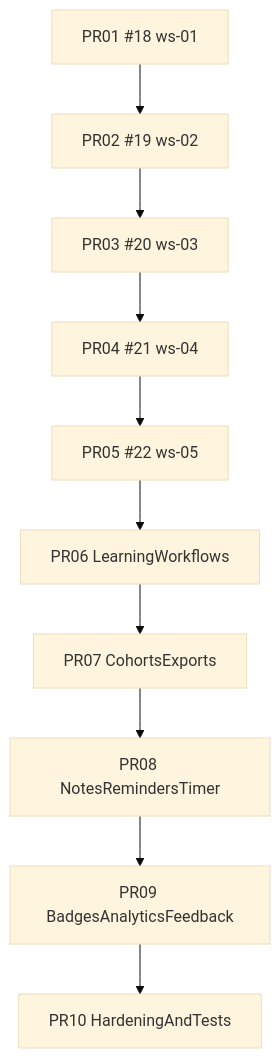
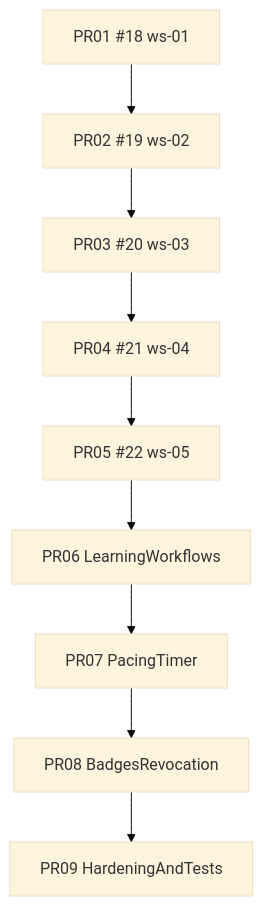
The sixth of 6 diagrams in workshop_lessons_&_sessions_aa012042.plan.md (justin-p/Workshlope), drawn with Mermaid (base theme) before and after one commit. The commit also changed other lines of this file, not shown here.

````diff
--- a/workshop_lessons_&_sessions_aa012042.plan.md
+++ b/workshop_lessons_&_sessions_aa012042.plan.md
@@ -972,12 +907,11 @@
 ```mermaid
 flowchart TD
   pr01["PR01 #18 ws-01"] --> pr02["PR02 #19 ws-02"]
   pr02 --> pr03["PR03 #20 ws-03"]
   pr03 --> pr04["PR04 #21 ws-04"]
   pr04 --> pr05["PR05 #22 ws-05"]
   pr05 --> pr06[PR06 LearningWorkflows]
-  pr06 --> pr07[PR07 CohortsExports]
-  pr07 --> pr08[PR08 NotesRemindersTimer]
-  pr08 --> pr09[PR09 BadgesAnalyticsFeedback]
-  pr09 --> pr10[PR10 HardeningAndTests]
+  pr06 --> pr07[PR07 PacingTimer]
+  pr07 --> pr08[PR08 BadgesRevocation]
+  pr08 --> pr09[PR09 HardeningAndTests]
 ```
````
